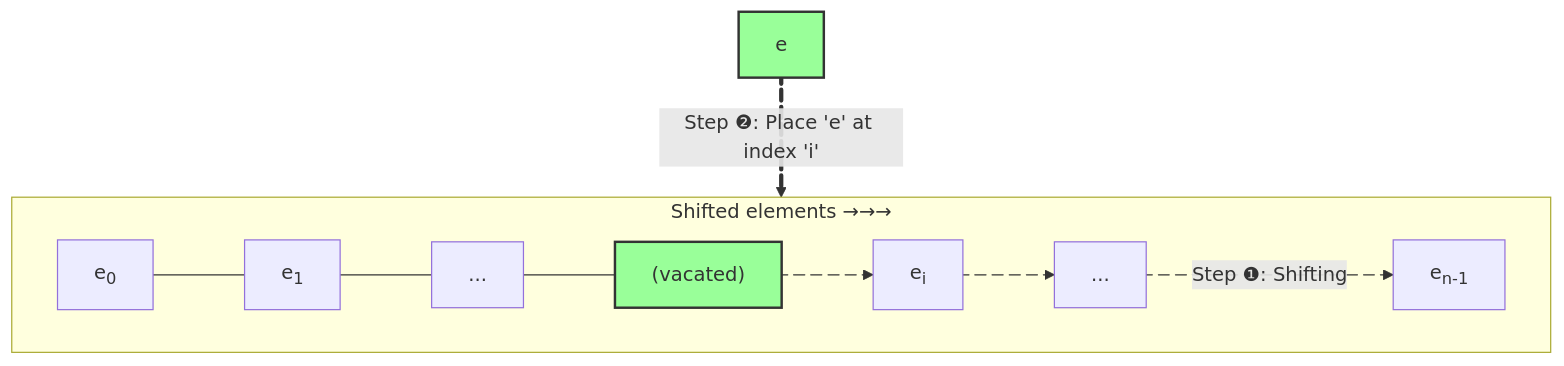
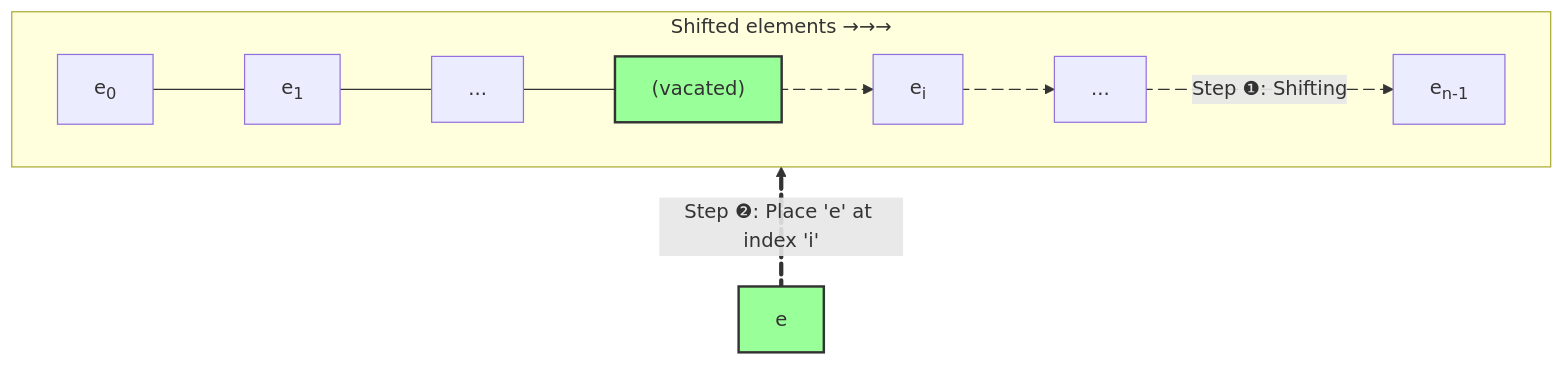
The first of 10 diagrams in lectures/lect-7-Lists.md (ruslylove/datastruct), drawn with Mermaid before and after one commit. The commit also changed 5 other files, not shown here.

Commit message:
update diagrams

````diff
--- a/lectures/lect-7-Lists.md
+++ b/lectures/lect-7-Lists.md
@@ -93,24 +93,24 @@
 ```mermaid 
-graph TD
+graph BT
 
     subgraph two [Shifted elements →→→]
         direction LR
         
         A2["e<sub>0</sub>"] --- B2["e<sub>1</sub>"] --- C2["..."] --- D2["(vacated)"] e1@--> E2["e<sub>i</sub>"] e2@--> F2["..."] e3@-- Step ❶: Shifting --> G2["e<sub>n-1</sub>"]
         
     end
 
     e e4@== Step ❷: Place 'e' at index 'i' ==> two
 
     e1@{ animate: true, animation: fast }
     e2@{ animate: true, animation: fast }
     e3@{ animate: true, animation: fast }
     e4@{ animate: true, animation: slow }
 
     style D2 fill:#9f9,stroke:#333,stroke-width:2px
     style e fill:#9f9,stroke:#333,stroke-width:2px
     
     %%"1. Initial Array" -- "Shift elements from index n-1 down to i" --> "2. Shift elements to the right"
     %%"2. Shift elements to the right" -- "Place new element 'e' at index i" --> "3. Insert new element 'e'"
     %%"3. Insert new element 'e'" --> End("End")
 ```
````
